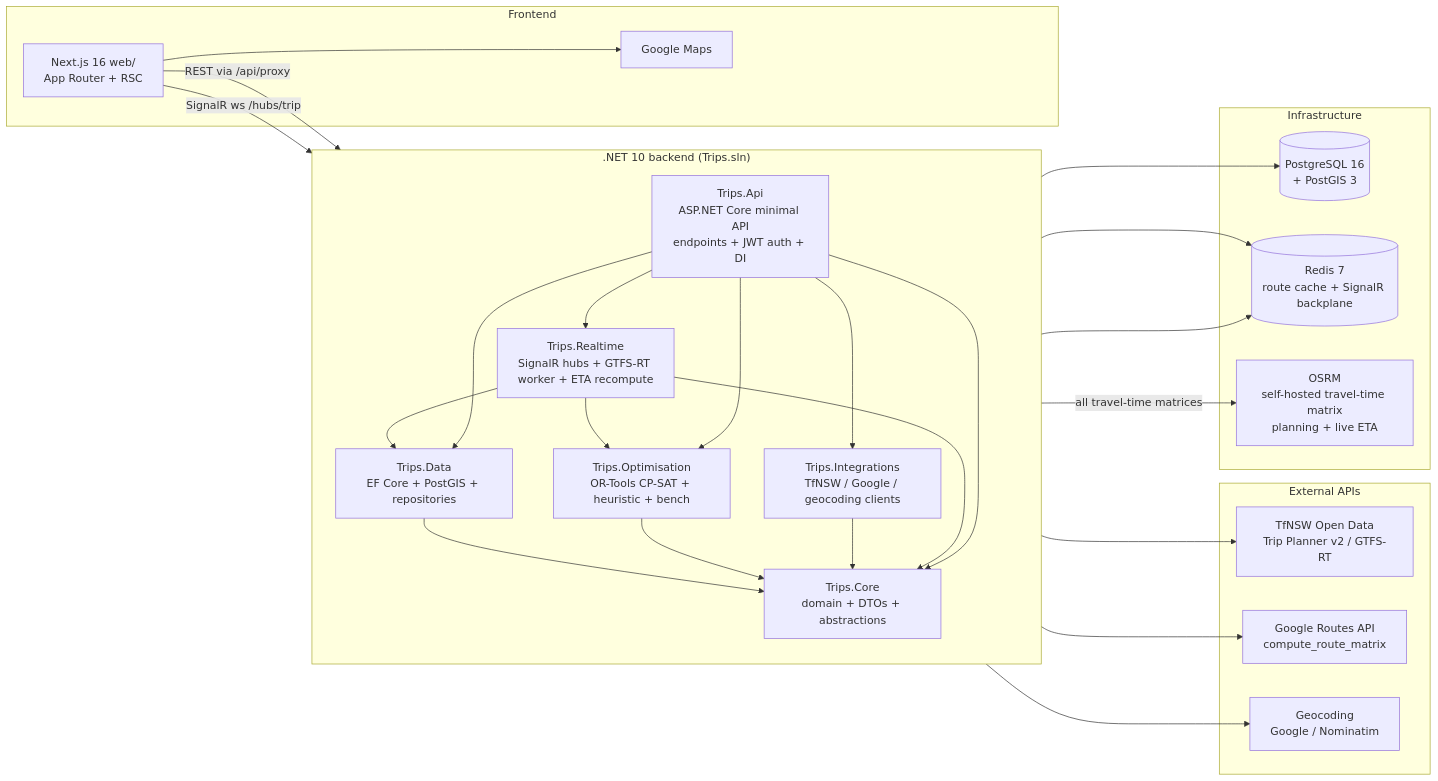
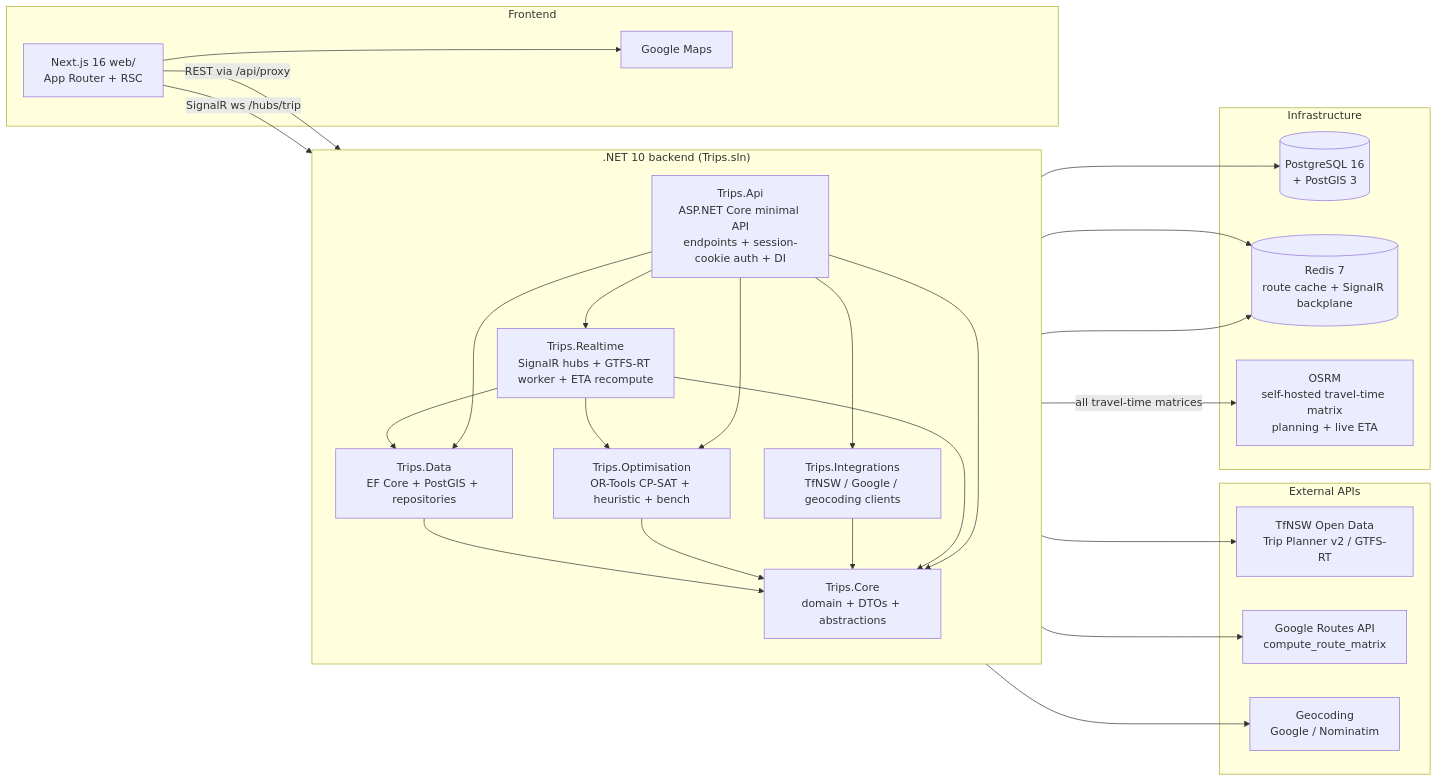
Before and after one commit to cosykid/SydneyTrips: the first of 2 diagrams in docs/architecture.md, drawn with Mermaid. The commit also changed other lines of this file and 13 other files, not shown here.

````diff
--- a/docs/architecture.md
+++ b/docs/architecture.md
@@ -11,54 +11,54 @@
 ```mermaid
 flowchart LR
   subgraph external[External APIs]
     tfnsw[TfNSW Open Data\nTrip Planner v2 / GTFS-RT]
     google[Google Routes API\ncompute_route_matrix]
     geocoder[Geocoding\nGoogle / Nominatim]
   end
 
   subgraph backend[".NET 10 backend (Trips.sln)"]
     direction TB
     core[Trips.Core\ndomain + DTOs + abstractions]
     data[Trips.Data\nEF Core + PostGIS + repositories]
     opt[Trips.Optimisation\nOR-Tools CP-SAT + heuristic + bench]
     integ[Trips.Integrations\nTfNSW / Google / geocoding clients]
     rt[Trips.Realtime\nSignalR hubs + GTFS-RT worker + ETA recompute]
-    api[Trips.Api\nASP.NET Core minimal API\nendpoints + JWT auth + DI]
+    api[Trips.Api\nASP.NET Core minimal API\nendpoints + session-cookie auth + DI]
 
     data --> core
     opt --> core
     integ --> core
     rt --> core
     rt --> data
     rt --> opt
     api --> core
     api --> data
     api --> opt
     api --> integ
     api --> rt
   end
 
   subgraph infra[Infrastructure]
     pg[(PostgreSQL 16\n+ PostGIS 3)]
     redis[(Redis 7\nroute cache + SignalR backplane)]
     osrm[OSRM\nself-hosted travel-time matrix\nplanning + live ETA]
   end
 
   subgraph frontend[Frontend]
     next[Next.js 16 web/\nApp Router + RSC]
     map[Google Maps]
   end
 
   integ --> tfnsw
   integ --> google
   integ --> geocoder
   integ -- "all travel-time matrices" --> osrm
 
   api --> pg
   api --> redis
   rt --> redis
 
   next -- "REST via /api/proxy" --> api
   next -- "SignalR ws /hubs/trip" --> rt
   next --> map
 ```
````
